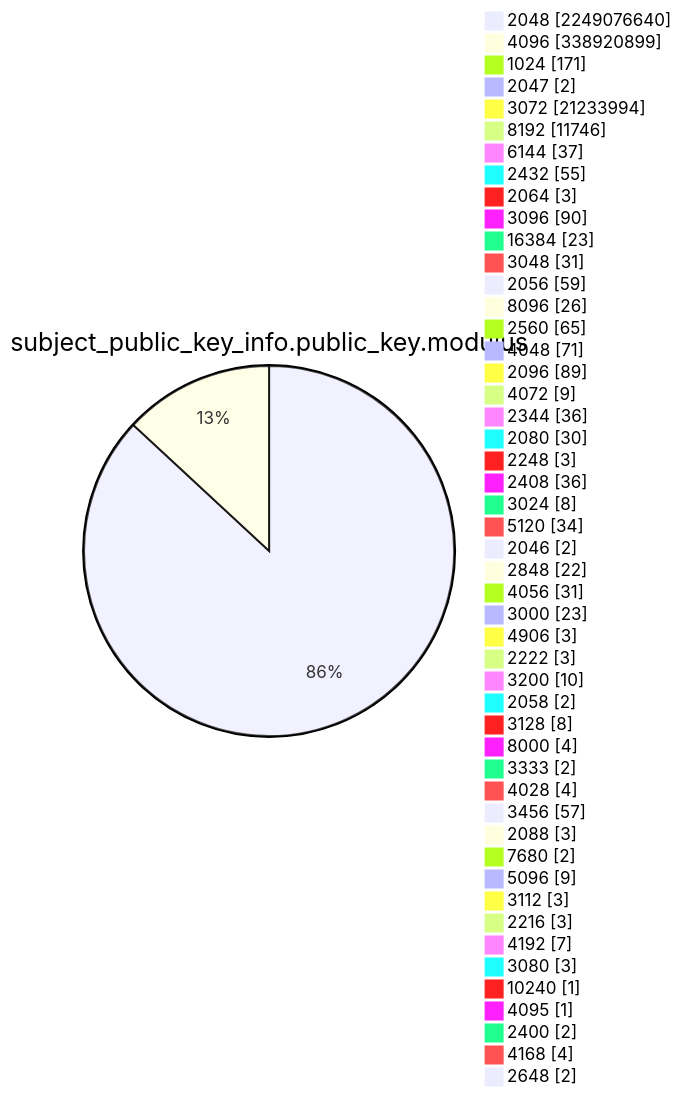
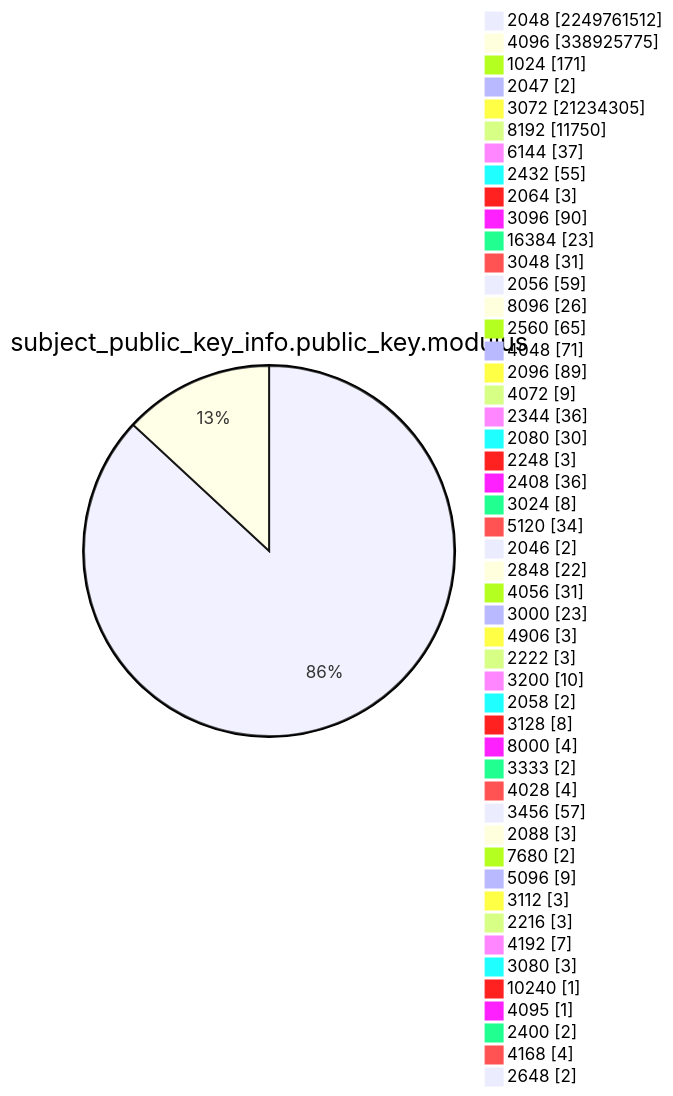
Diagram 13 of 15 in TOTAL/README.md (christiankrug/ctmonitor_visualization), drawn with Mermaid before and after one commit. The commit also changed other lines of this file, not shown here.

````diff
--- a/TOTAL/README.md
+++ b/TOTAL/README.md
@@ -4164,53 +4164,53 @@
 ```mermaid
 pie showData
 title subject_public_key_info.public_key.modulus
-"2048" :2249076640
-"4096" :338920899
+"2048" :2249761512
+"4096" :338925775
 "1024" :171
 "2047" :2
-"3072" :21233994
-"8192" :11746
+"3072" :21234305
+"8192" :11750
 "6144" :37
 "2432" :55
 "2064" :3
 "3096" :90
 "16384" :23
 "3048" :31
 "2056" :59
 "8096" :26
 "2560" :65
 "4048" :71
 "2096" :89
 "4072" :9
 "2344" :36
 "2080" :30
 "2248" :3
 "2408" :36
 "3024" :8
 "5120" :34
 "2046" :2
 "2848" :22
 "4056" :31
 "3000" :23
 "4906" :3
 "2222" :3
 "3200" :10
 "2058" :2
 "3128" :8
 "8000" :4
 "3333" :2
 "4028" :4
 "3456" :57
 "2088" :3
 "7680" :2
 "5096" :9
 "3112" :3
 "2216" :3
 "4192" :7
 "3080" :3
 "10240" :1
 "4095" :1
 "2400" :2
 "4168" :4
 "2648" :2
 ```
````
